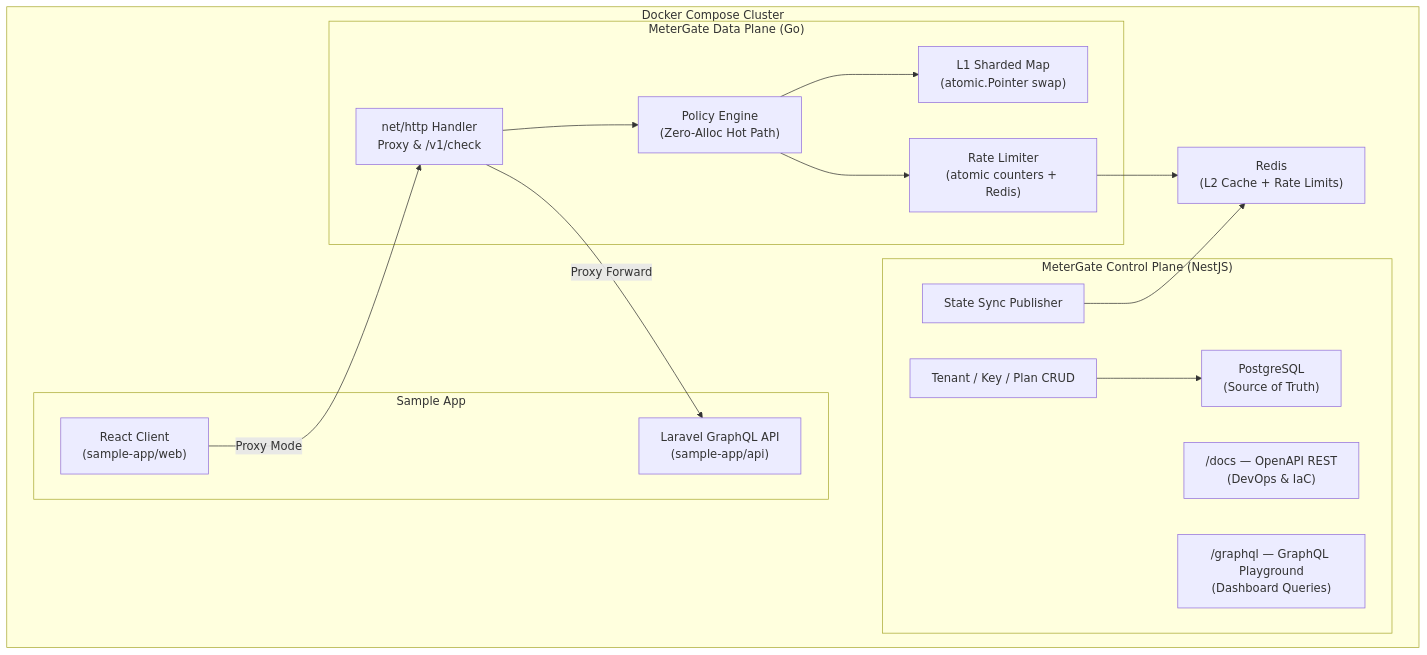
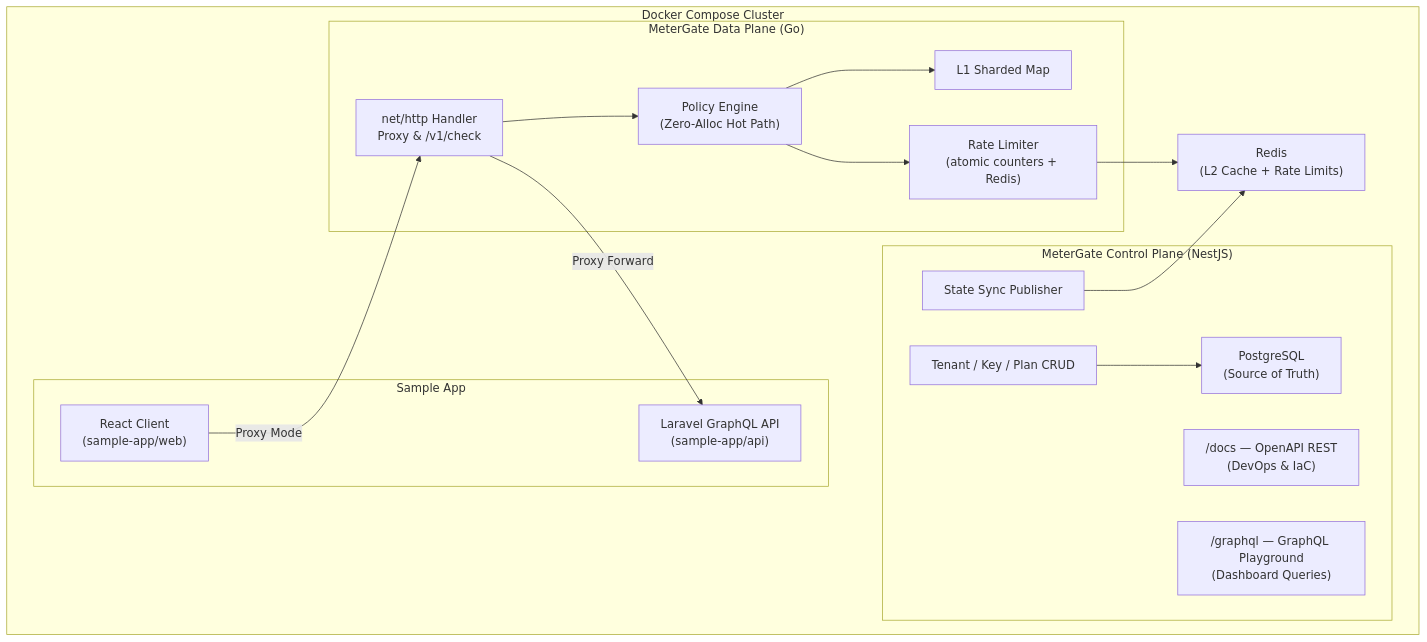
Before and after one commit to viktor-oy/MeterGate: the diagram in README.md, drawn with Mermaid. The commit also changed other lines of this file and 31 other files, not shown here.

````diff
--- a/README.md
+++ b/README.md
@@ -7,35 +7,35 @@
 ```mermaid
 graph TB
     subgraph "Docker Compose Cluster"
         subgraph "Sample App"
             WEB["React Client<br/>(sample-app/web)"]
             API["Laravel GraphQL API<br/>(sample-app/api)"]
         end
 
         subgraph "MeterGate Control Plane (NestJS)"
             SWAGGER["/docs — OpenAPI REST<br/>(DevOps & IaC)"]
             GQL["/graphql — GraphQL Playground<br/>(Dashboard Queries)"]
             CRUD["Tenant / Key / Plan CRUD"]
             PG["PostgreSQL<br/>(Source of Truth)"]
             SYNC["State Sync Publisher"]
         end
 
         subgraph "MeterGate Data Plane (Go)"
             HANDLER["net/http Handler<br/>Proxy & /v1/check"]
             POLICY["Policy Engine<br/>(Zero-Alloc Hot Path)"]
-            L1["L1 Sharded Map<br/>(atomic.Pointer swap)"]
+            L1["L1 Sharded Map"]
             RL["Rate Limiter<br/>(atomic counters + Redis)"]
         end
 
         REDIS["Redis<br/>(L2 Cache + Rate Limits)"]
 
         WEB -- "Proxy Mode" --> HANDLER
         HANDLER --> POLICY
         POLICY --> L1
         POLICY --> RL
         RL --> REDIS
         SYNC --> REDIS
         CRUD --> PG
         HANDLER -- "Proxy Forward" --> API
     end
 ```
````
